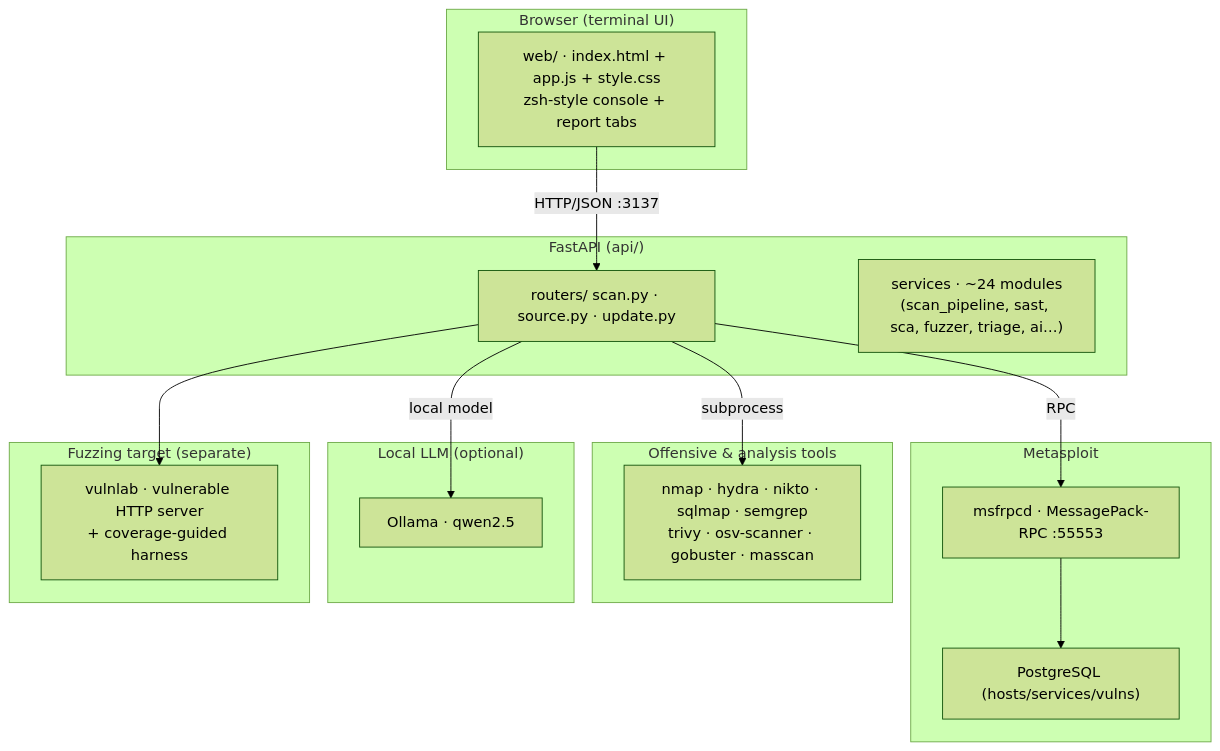
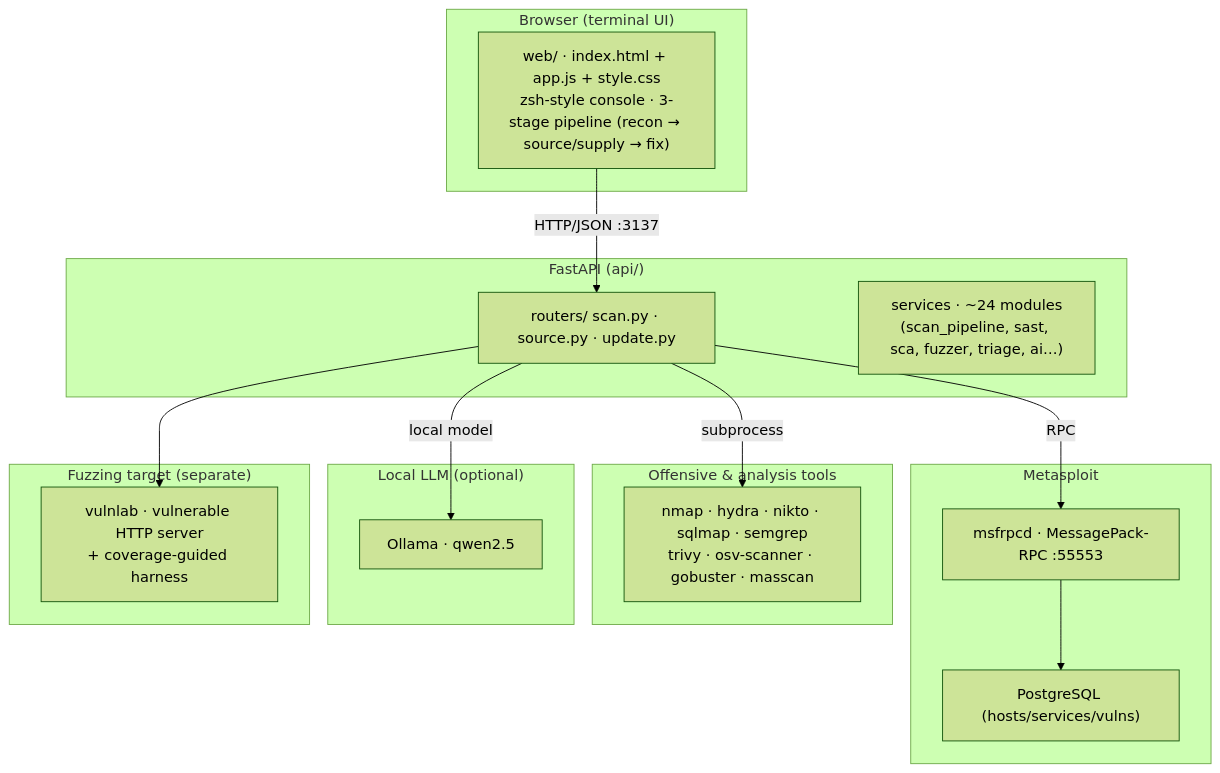
One commit to Greg-2600/h4k changed the diagram in README.md. Above: the diagram before and after it, drawn with Mermaid (forest theme). The commit also changed 6 other files, not shown here.

First line of the commit message:
ui: three-stage pipeline (recon → source/supply → fix) + sticky target banner + button states

````diff
--- a/README.md
+++ b/README.md
@@ -117,35 +117,35 @@
 ```mermaid
 flowchart TB
     subgraph browser["Browser (terminal UI)"]
-        UI["web/ · index.html + app.js + style.css<br/>zsh-style console + report tabs"]
+        UI["web/ · index.html + app.js + style.css<br/>zsh-style console · 3-stage pipeline (recon → source/supply → fix)"]
     end
 
     subgraph api["FastAPI (api/)"]
         R["routers/ scan.py · source.py · update.py"]
         S["services · ~24 modules<br/>(scan_pipeline, sast, sca, fuzzer, triage, ai…)"]
     end
 
     subgraph msf["Metasploit"]
         RPC["msfrpcd · MessagePack-RPC :55553"]
         DB["PostgreSQL (hosts/services/vulns)"]
     end
 
     subgraph tools["Offensive & analysis tools"]
         TOOLS["nmap · hydra · nikto · sqlmap · semgrep<br/>trivy · osv-scanner · gobuster · masscan"]
     end
 
     subgraph llm["Local LLM (optional)"]
         OLLAMA["Ollama · qwen2.5"]
     end
 
     subgraph lab["Fuzzing target (separate)"]
         VULN["vulnlab · vulnerable HTTP server<br/>+ coverage-guided harness"]
     end
 
     UI -->|HTTP/JSON :3137| R
     R -->|RPC| RPC
     RPC --> DB
     R -->|subprocess| TOOLS
     R -->|local model| OLLAMA
     R --> VULN
 ```
````
